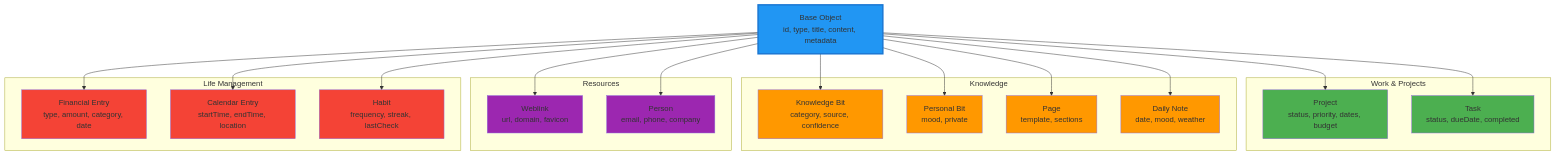
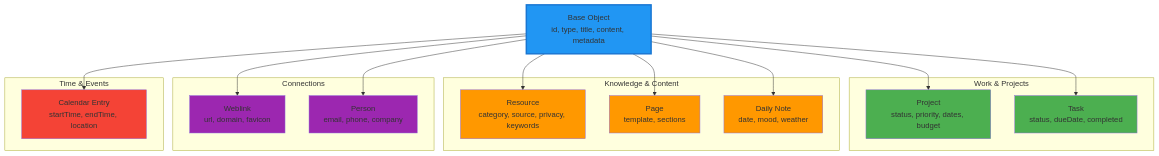
One commit to alexradu95/nazaritor changed the diagram in docs/current_status/diagrams/object-type-hierarchy.mmd. Above: the diagram before and after it, drawn with Mermaid. The commit also changed 11 other files, not shown here.

```diff
--- a/docs/current_status/diagrams/object-type-hierarchy.mmd
+++ b/docs/current_status/diagrams/object-type-hierarchy.mmd
@@ -1,50 +1,41 @@
 graph TD
     BaseObject[Base Object<br/>id, type, title, content, metadata]
 
     subgraph "Work & Projects"
         Project[Project<br/>status, priority, dates, budget]
         Task[Task<br/>status, dueDate, completed]
     end
 
-    subgraph "Knowledge"
-        KnowledgeBit[Knowledge Bit<br/>category, source, confidence]
-        PersonalBit[Personal Bit<br/>mood, private]
+    subgraph "Knowledge & Content"
+        Resource[Resource<br/>category, source, privacy, keywords]
         Page[Page<br/>template, sections]
         DailyNote[Daily Note<br/>date, mood, weather]
     end
 
-    subgraph "Resources"
+    subgraph "Connections"
         Weblink[Weblink<br/>url, domain, favicon]
         Person[Person<br/>email, phone, company]
     end
 
-    subgraph "Life Management"
-        FinancialEntry[Financial Entry<br/>type, amount, category, date]
+    subgraph "Time & Events"
         CalendarEntry[Calendar Entry<br/>startTime, endTime, location]
-        Habit[Habit<br/>frequency, streak, lastCheck]
     end
 
     BaseObject --> Project
     BaseObject --> Task
-    BaseObject --> KnowledgeBit
-    BaseObject --> PersonalBit
+    BaseObject --> Resource
     BaseObject --> Page
     BaseObject --> DailyNote
     BaseObject --> Weblink
     BaseObject --> Person
-    BaseObject --> FinancialEntry
     BaseObject --> CalendarEntry
-    BaseObject --> Habit
 
     style BaseObject fill:#2196F3,stroke:#1976D2,stroke-width:3px
     style Project fill:#4CAF50
     style Task fill:#4CAF50
-    style KnowledgeBit fill:#FF9800
-    style PersonalBit fill:#FF9800
+    style Resource fill:#FF9800
     style Page fill:#FF9800
     style DailyNote fill:#FF9800
     style Weblink fill:#9C27B0
     style Person fill:#9C27B0
-    style FinancialEntry fill:#F44336
     style CalendarEntry fill:#F44336
-    style Habit fill:#F44336
```
